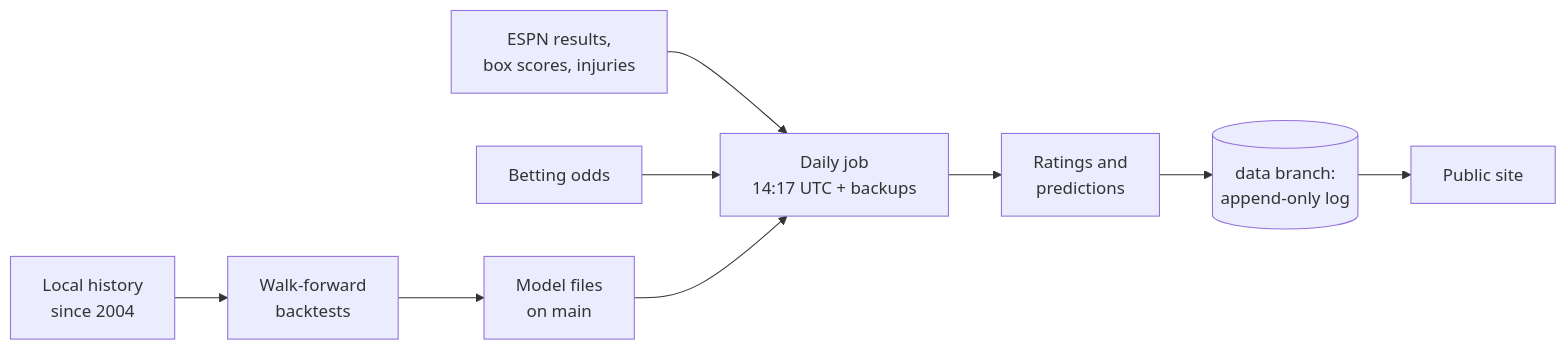
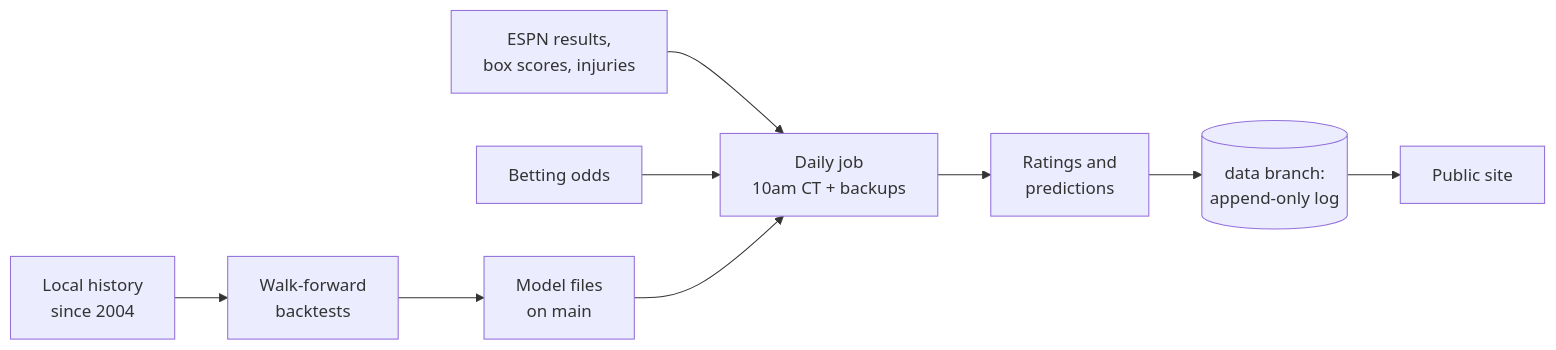
The diagram in README.md (garettprestholdt/nba-forecast), drawn with Mermaid before and after one commit. The commit also changed other lines of this file and 379 other files, not shown here.

First line of the commit message:
Daily job at 10am CT, live model race, plainer site and Cold Case copy

````diff
--- a/README.md
+++ b/README.md
@@ -52,9 +52,9 @@
 ```mermaid
 flowchart LR
-  A[ESPN results,<br/>box scores, injuries] --> C[Daily job<br/>14:17 UTC + backups]
+  A[ESPN results,<br/>box scores, injuries] --> C[Daily job<br/>10am CT + backups]
   B[Betting odds] --> C
   C --> D[Ratings and<br/>predictions]
   D --> E[(data branch:<br/>append-only log)]
   E --> F[Public site]
   G[Local history<br/>since 2004] --> H[Walk-forward<br/>backtests] --> I[Model files<br/>on main] --> C
 ```
````
